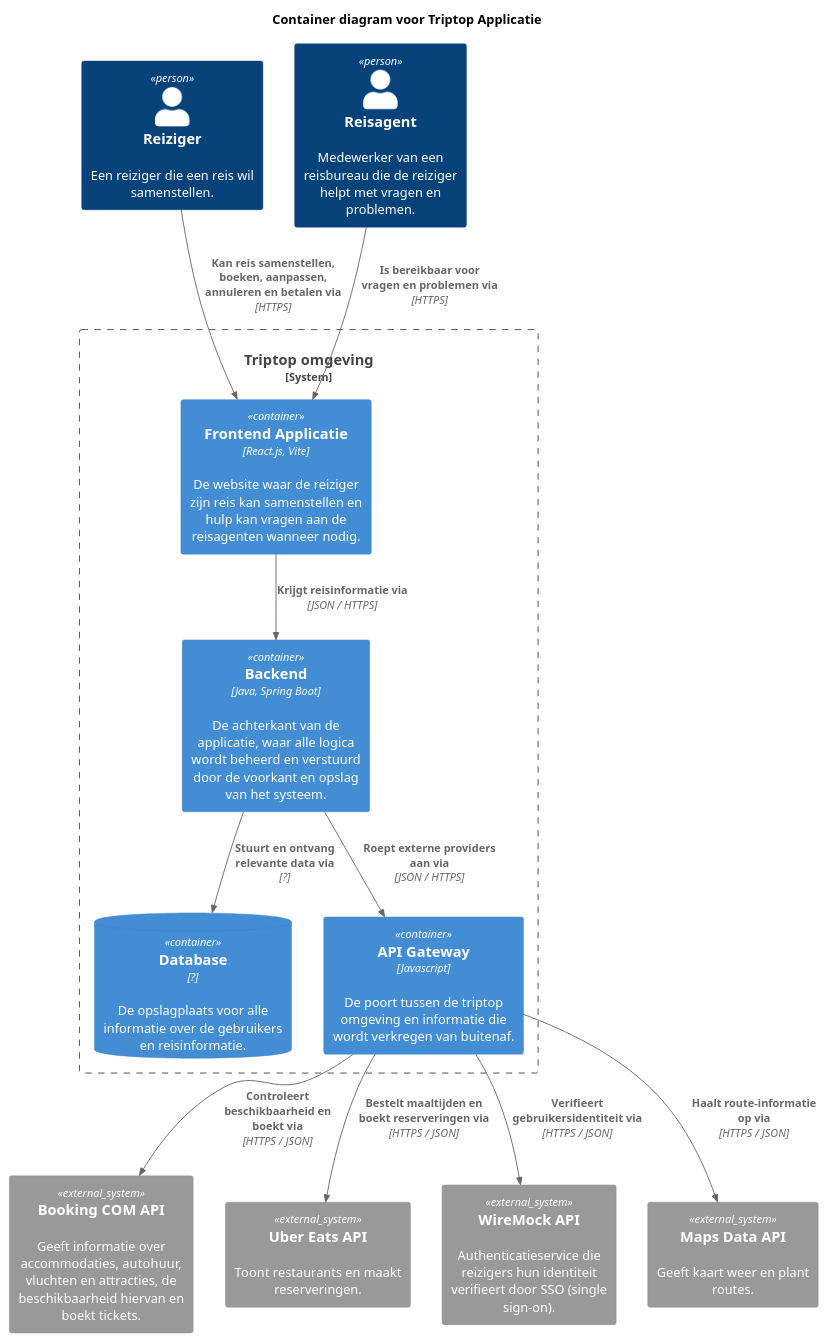
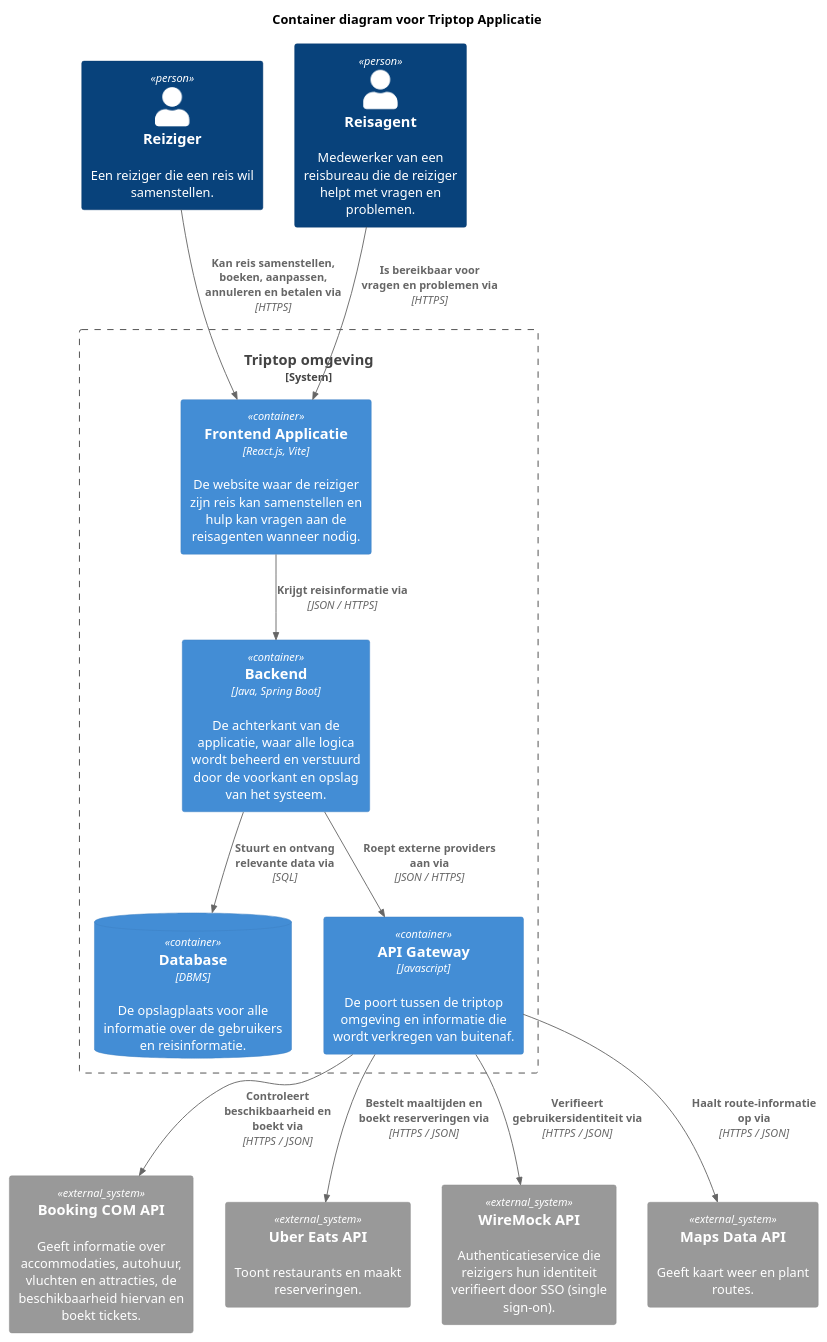
Before and after one commit to AIM-ENE-feb25/triptop-beca: the diagram in opdracht-diagrammen/Container diagrammen/container-diagram-team/final-container-diagram.puml, drawn with PlantUML. The commit also changed 8 other files, not shown here.

Commit message:
Diagrammen verbeterd o.b.v. feedback

```diff
--- a/opdracht-diagrammen/Container diagrammen/container-diagram-team/final-container-diagram.puml
+++ b/opdracht-diagrammen/Container diagrammen/container-diagram-team/final-container-diagram.puml
@@ -1,36 +1,36 @@
 @startuml
 
 !include https://raw.githubusercontent.com/plantuml-stdlib/C4-PlantUML/master/C4_Container.puml
 
 
 title Container diagram voor Triptop Applicatie
 
 Person(reiziger, Reiziger, "Een reiziger die een reis wil samenstellen.")
 Person(reis_agent, Reisagent, "Medewerker van een reisbureau die de reiziger helpt met vragen en problemen.")
 
 System_Boundary(c1, "Triptop omgeving") {
     Container(frontend, "Frontend Applicatie", "React.js, Vite", "De website waar de reiziger zijn reis kan samenstellen en hulp kan vragen aan de reisagenten wanneer nodig.")
     Container(backend, "Backend", "Java, Spring Boot", "De achterkant van de applicatie, waar alle logica wordt beheerd en verstuurd door de voorkant en opslag van het systeem.")
-    ContainerDb(database, "Database", "?", "De opslagplaats voor alle informatie over de gebruikers en reisinformatie.")
+    ContainerDb(database, "Database", "DBMS", "De opslagplaats voor alle informatie over de gebruikers en reisinformatie.")
     Container(api_gateway, "API Gateway", "Javascript", "De poort tussen de triptop omgeving en informatie die wordt verkregen van buitenaf.")
 }
 
 System_Ext(overnachting_vervoer, "Booking COM API", "Geeft informatie over accommodaties, autohuur, vluchten en attracties, de beschikbaarheid hiervan en boekt tickets.")
 System_Ext(eten, "Uber Eats API", "Toont restaurants en maakt reserveringen.")
 System_Ext(identiteit, "WireMock API", "Authenticatieservice die reizigers hun identiteit verifieert door SSO (single sign-on).")
 System_Ext(maps, "Maps Data API", "Geeft kaart weer en plant routes.")
 
 Rel(reiziger, frontend, "Kan reis samenstellen, boeken, aanpassen, annuleren en betalen via", "HTTPS")
 Rel(reis_agent, frontend, "Is bereikbaar voor vragen en problemen via", "HTTPS")
 
 Rel(frontend, backend, "Krijgt reisinformatie via", "JSON / HTTPS")
-Rel(backend, database, "Stuurt en ontvang relevante data via", "?")
+Rel(backend, database, "Stuurt en ontvang relevante data via", "SQL")
 Rel(backend, api_gateway, "Roept externe providers aan via", "JSON / HTTPS")
 
 Rel(api_gateway, overnachting_vervoer, "Controleert beschikbaarheid en boekt via", "HTTPS / JSON")
 Rel(api_gateway, eten, "Bestelt maaltijden en boekt reserveringen via", "HTTPS / JSON")
 Rel(api_gateway, identiteit, "Verifieert gebruikersidentiteit via", "HTTPS / JSON")
 Rel(api_gateway, maps, "Haalt route-informatie op via", "HTTPS / JSON")
 
 
 @enduml
```
